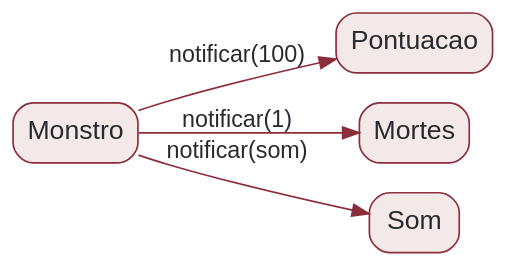
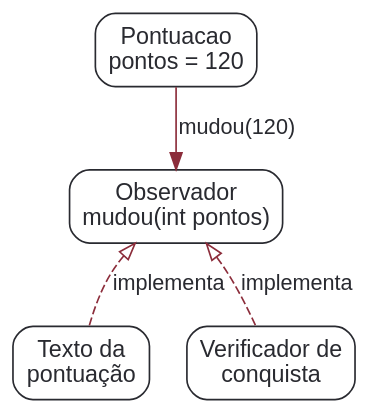
Before and after one commit to rodrgds/resumos: the diagram in src/content/ldts/observer.dot, drawn with Graphviz. The commit also changed 23 other files, not shown here.

Commit message:
docs(ldts): rever explicações, exercícios e diagramas

```diff
--- a/src/content/ldts/observer.dot
+++ b/src/content/ldts/observer.dot
@@ -1,8 +1,13 @@
 digraph Observer {
-  graph [bgcolor="transparent", rankdir=LR, pad=0.3];
-  node [shape=box, style="filled,rounded", fillcolor="#f3e9e9", color="#8c2d3b", fontcolor="#292a30", fontname="Arial", fontsize=16];
-  edge [color="#8c2d3b", fontcolor="#292a30", fontname="Arial", fontsize=14];
-  Monstro -> Pontuacao [label="notificar(100)"];
-  Monstro -> Mortes [label="notificar(1)"];
-  Monstro -> Som [label="notificar(som)"];
+  graph [bgcolor="transparent", rankdir=TB, pad=0.2, nodesep=0.3, ranksep=0.5];
+  node [shape=box, style=rounded, color="#292a30", fontcolor="#292a30", fontname="Arial", fontsize=14, margin="0.12,0.1"];
+  edge [color="#8c2d3b", fontcolor="#292a30", fontname="Arial", fontsize=13];
+  sujeito [label="Pontuacao\npontos = 120"];
+  contrato [label="Observador\nmudou(int pontos)"];
+  texto [label="Texto da\npontuação"];
+  conquista [label="Verificador de\nconquista"];
+  sujeito -> contrato [label="mudou(120)"];
+  contrato -> texto [label="implementa", style=dashed, dir=back, arrowtail=empty];
+  contrato -> conquista [label="implementa", style=dashed, dir=back, arrowtail=empty];
+  { rank=same; texto; conquista; }
 }
```
